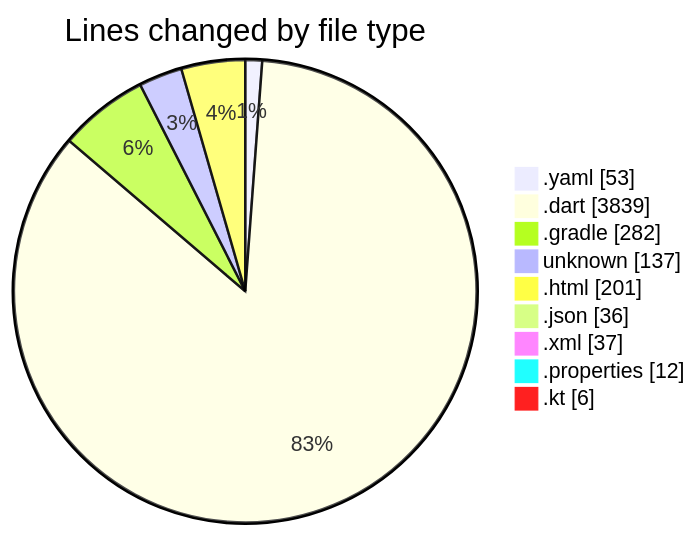
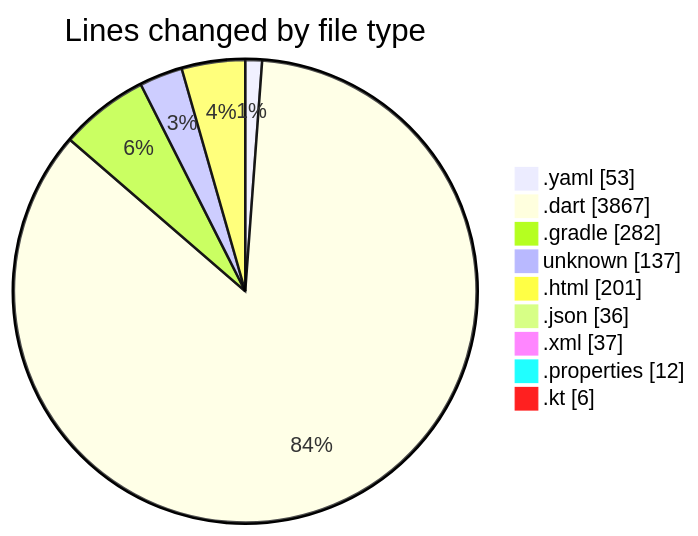
Before and after one commit to lephambinh05/code-tracking: the first of 2 diagrams in 2025-09-02/quanlylink/README.md, drawn with Mermaid. The commit also changed other lines of this file and 1 other file, not shown here.

````diff
--- a/2025-09-02/quanlylink/README.md
+++ b/2025-09-02/quanlylink/README.md
@@ -47,13 +47,13 @@
 ```mermaid
 pie showData
 title Lines changed by file type
 ".yaml" : 53
-".dart" : 3839
+".dart" : 3867
 ".gradle" : 282
 "unknown" : 137
 ".html" : 201
 ".json" : 36
 ".xml" : 37
 ".properties" : 12
 ".kt" : 6
 ```
````
